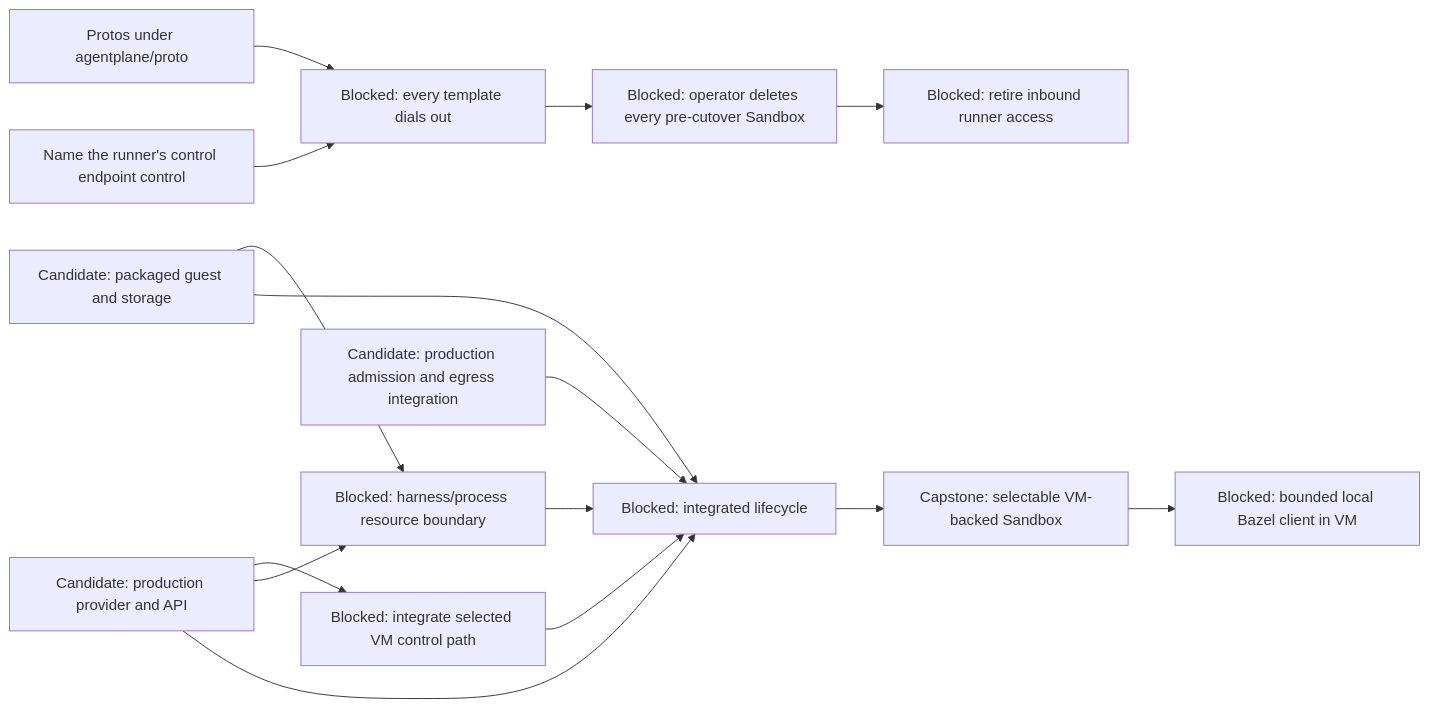
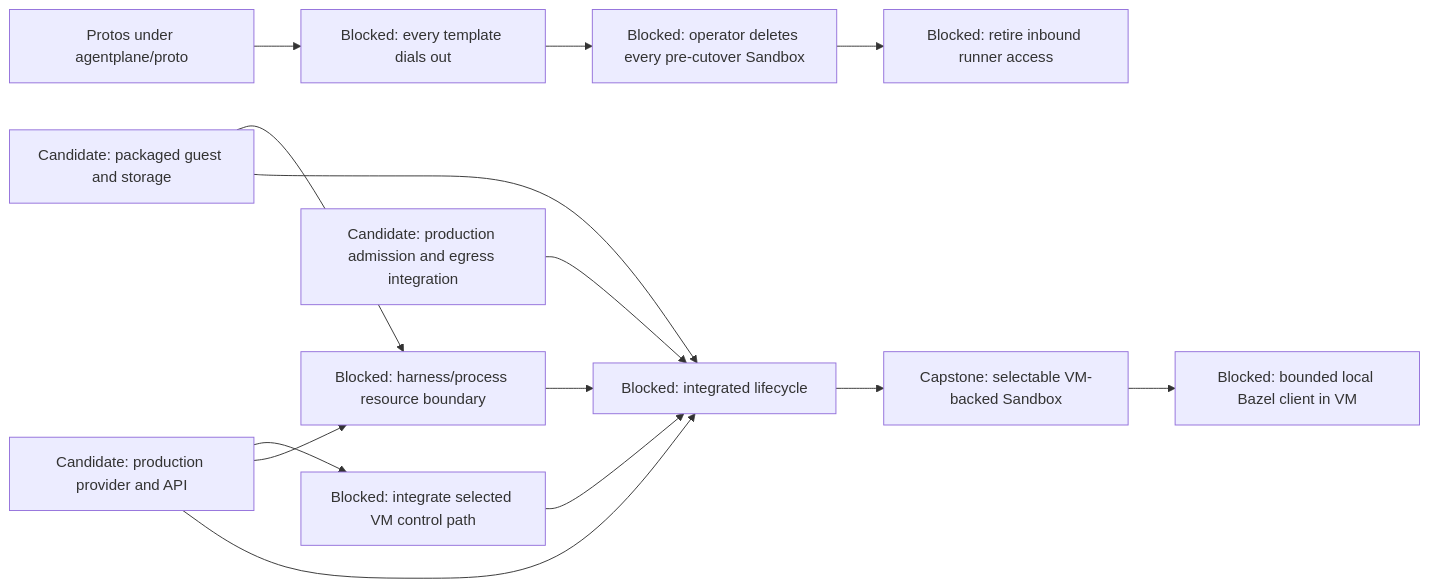
One commit to agentydragon-agent/ducktape changed the sixth of 12 diagrams in agentplane/plans/task_dag.md. Above: the diagram before and after it, drawn with Mermaid. The commit also changed other lines of this file and 60 other files, not shown here.

````diff
--- a/agentplane/plans/task_dag.md
+++ b/agentplane/plans/task_dag.md
@@ -323,24 +323,23 @@
 ```mermaid
 flowchart LR
     RUNNER_OUTBOUND_ROLLOUT[Blocked: every template dials out]
     VM_CONTROL_NETWORKING[Blocked: integrate selected VM control path]
     VM_IMAGE[Candidate: packaged guest and storage]
     VM_PROVIDER[Candidate: production provider and API]
     VM_EGRESS[Candidate: production admission and egress integration]
     VM_PROCESS_ISOLATION[Blocked: harness/process resource boundary]
     VM_LIFECYCLE[Blocked: integrated lifecycle]
     PROTO_DIRECTORY[Protos under agentplane/proto] --> RUNNER_OUTBOUND_ROLLOUT
-    RUNNER_CONTROL_RENAME[Name the runner's control endpoint control] --> RUNNER_OUTBOUND_ROLLOUT
     RUNNER_OUTBOUND_ROLLOUT --> LEGACY_SANDBOX_RETIRE[Blocked: operator deletes every pre-cutover Sandbox]
     LEGACY_SANDBOX_RETIRE --> RUNNER_INBOUND_RETIRE[Blocked: retire inbound runner access]
     VM_PROVIDER --> VM_CONTROL_NETWORKING
     VM_CONTROL_NETWORKING --> VM_LIFECYCLE
     VM_IMAGE --> VM_PROCESS_ISOLATION
     VM_PROVIDER --> VM_PROCESS_ISOLATION
     VM_IMAGE --> VM_LIFECYCLE
     VM_PROVIDER --> VM_LIFECYCLE
     VM_EGRESS --> VM_LIFECYCLE
     VM_PROCESS_ISOLATION --> VM_LIFECYCLE
     VM_LIFECYCLE --> SANDBOX_VM_ISOLATION[Capstone: selectable VM-backed Sandbox]
     SANDBOX_VM_ISOLATION --> LOCAL_BAZEL[Blocked: bounded local Bazel client in VM]
 ```
````
